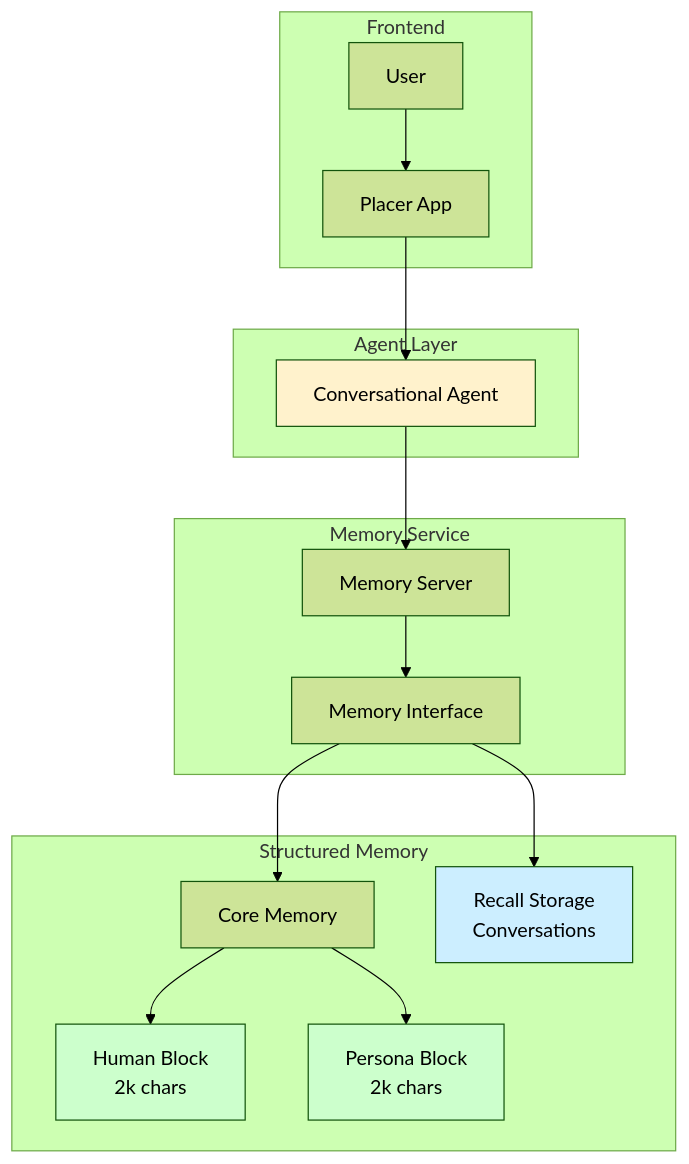
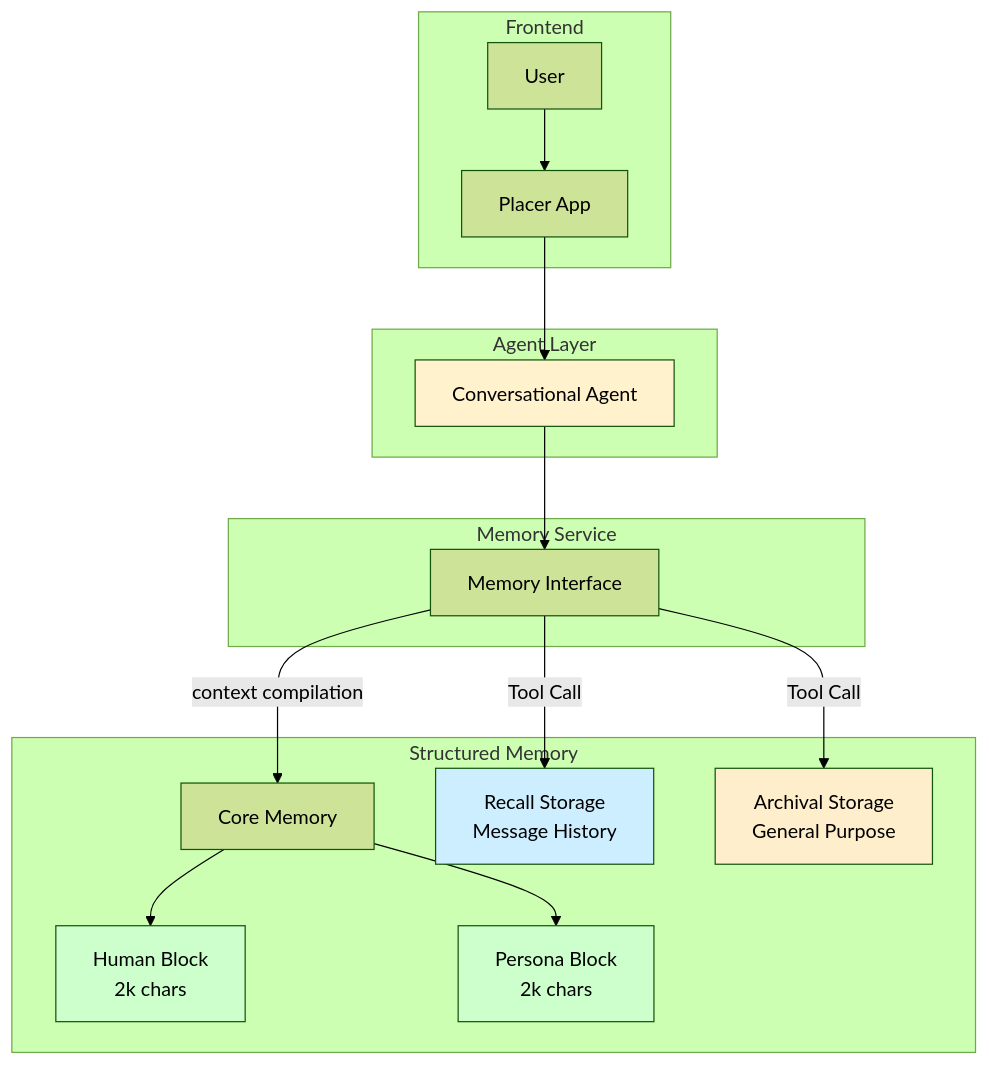
Before and after one commit to joeyfezster/memAgentDemo: the second of 4 diagrams in docs/deliverables/solution_options.md, drawn with Mermaid (forest theme). The commit also changed other lines of this file, not shown here.

Commit message:
Docs: Update solution options for Enhanced User, Agent & Platform Memory with detailed architecture and integration improvements

````diff
--- a/docs/deliverables/solution_options.md
+++ b/docs/deliverables/solution_options.md
@@ -89,27 +95,28 @@
 ```mermaid
 graph TB
     subgraph "Frontend"
         U[User] --> PA[Placer App]
     end
-    
+
     subgraph "Agent Layer"
         PA --> CA[Conversational Agent]
     end
-    
+
     subgraph "Memory Service"
-        CA --> MS[Memory Server]
-        MS --> MI[Memory Interface]
+        CA --> MI[Memory Interface]
     end
-    
+
     subgraph "Structured Memory"
-        MI --> CM[Core Memory]
+        MI --> | context compilation | CM[Core Memory]
         CM --> HM[Human Block<br/>2k chars]
         CM --> PM[Persona Block<br/>2k chars]
-        MI --> RS[Recall Storage<br/>Conversations]
+        MI --> | Tool Call | RS[Recall Storage<br/>Message History]
+        MI --> | Tool Call | AR[Archival Storage<br/>General Purpose]
     end
-    
+
     style CA fill:#fff2cc
     style HM fill:#ccffcc
     style PM fill:#ccffcc
     style RS fill:#cceeff
+    style AR fill:#ffeecc
 ```
````
